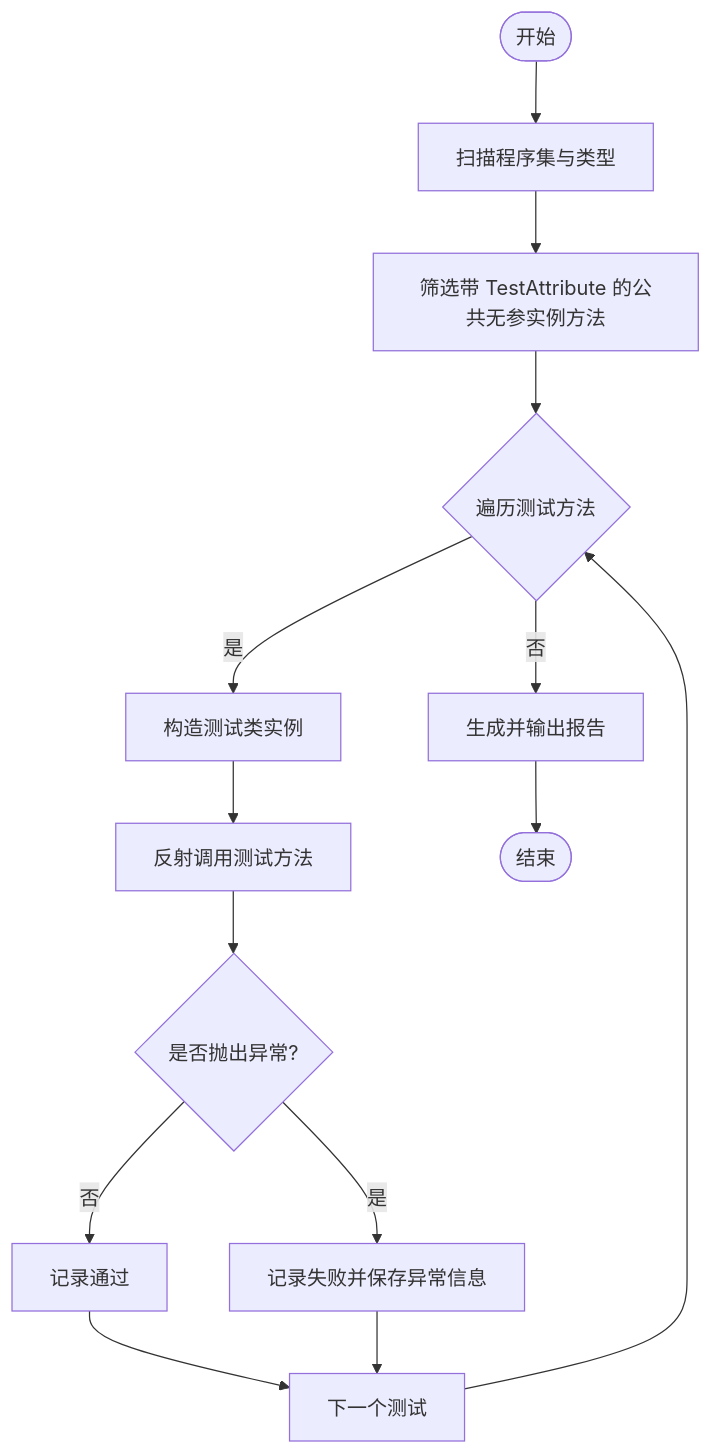
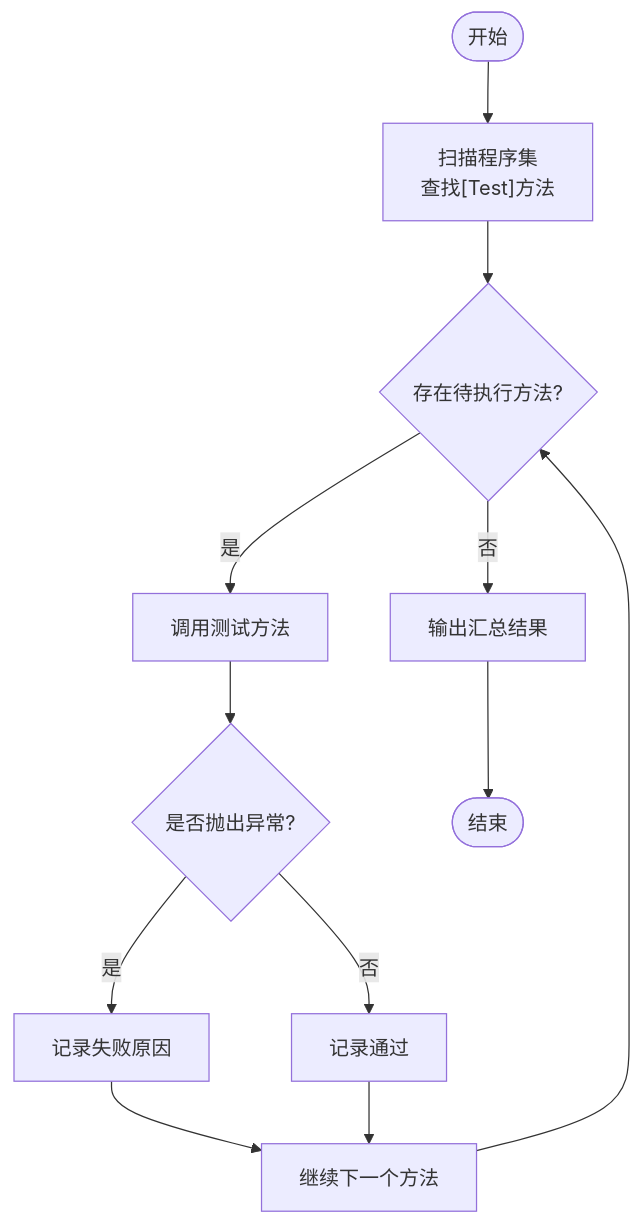
Before and after one commit to fuweiq94-cloud/3399180760: the third of 5 diagrams in .qoder/repowiki/zh/content/测试框架.md, drawn with Mermaid. The commit also changed other lines of this file and 94 other files, not shown here.

````diff
--- a/.qoder/repowiki/zh/content/测试框架.md
+++ b/.qoder/repowiki/zh/content/测试框架.md
@@ -153,16 +159,14 @@
 ```mermaid
 flowchart TD
-Start(["开始"]) --> Scan["扫描程序集与类型"]
-Scan --> FindMethods["筛选带 TestAttribute 的公共无参实例方法"]
-FindMethods --> ForEach{"遍历测试方法"}
-ForEach --> |是| CreateInstance["构造测试类实例"]
-CreateInstance --> Invoke["反射调用测试方法"]
+Start(["开始"]) --> Scan["扫描程序集<br/>查找[Test]方法"]
+Scan --> ForEach{"存在待执行方法?"}
+ForEach --> |否| Report["输出汇总结果"]
+ForEach --> |是| Invoke["调用测试方法"]
 Invoke --> TryCatch{"是否抛出异常?"}
+TryCatch --> |是| RecordFail["记录失败原因"]
 TryCatch --> |否| RecordPass["记录通过"]
-TryCatch --> |是| RecordFail["记录失败并保存异常信息"]
-RecordPass --> Next["下一个测试"]
-RecordFail --> Next
+RecordFail --> Next["继续下一个方法"]
+RecordPass --> Next
 Next --> ForEach
-ForEach --> |否| Report["生成并输出报告"]
 Report --> End(["结束"])
 ```
````
